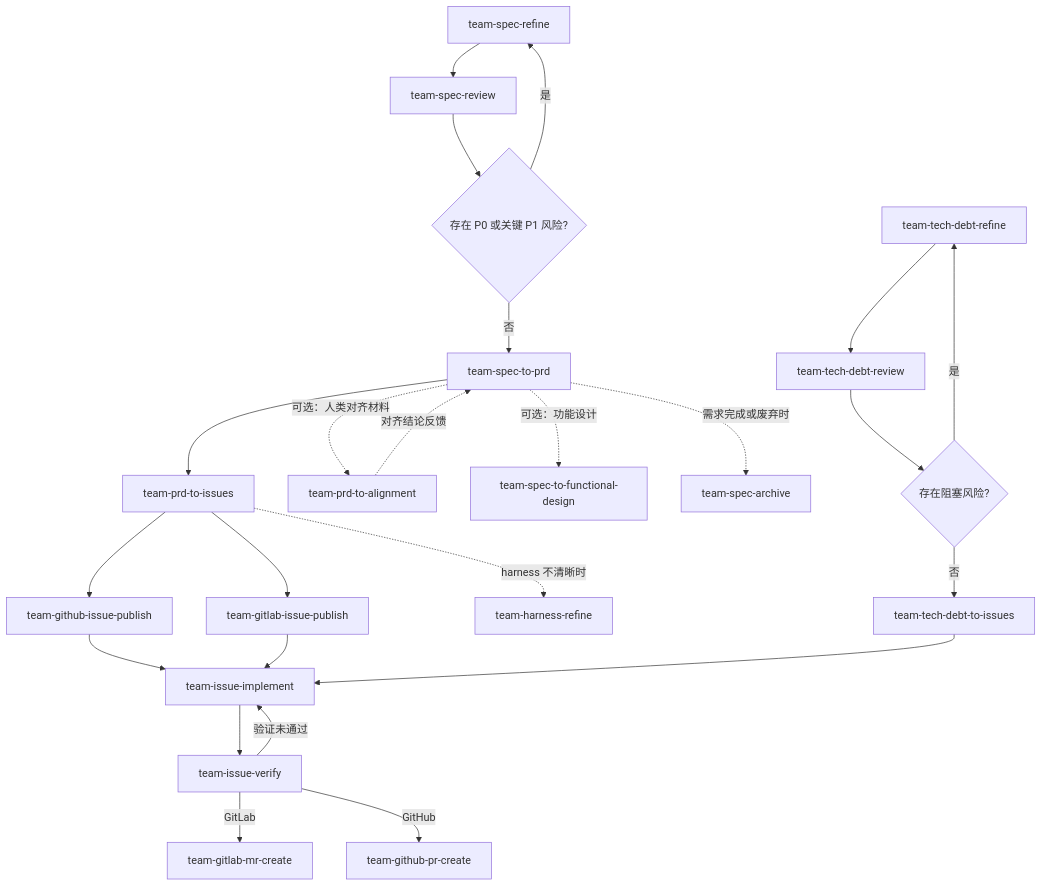
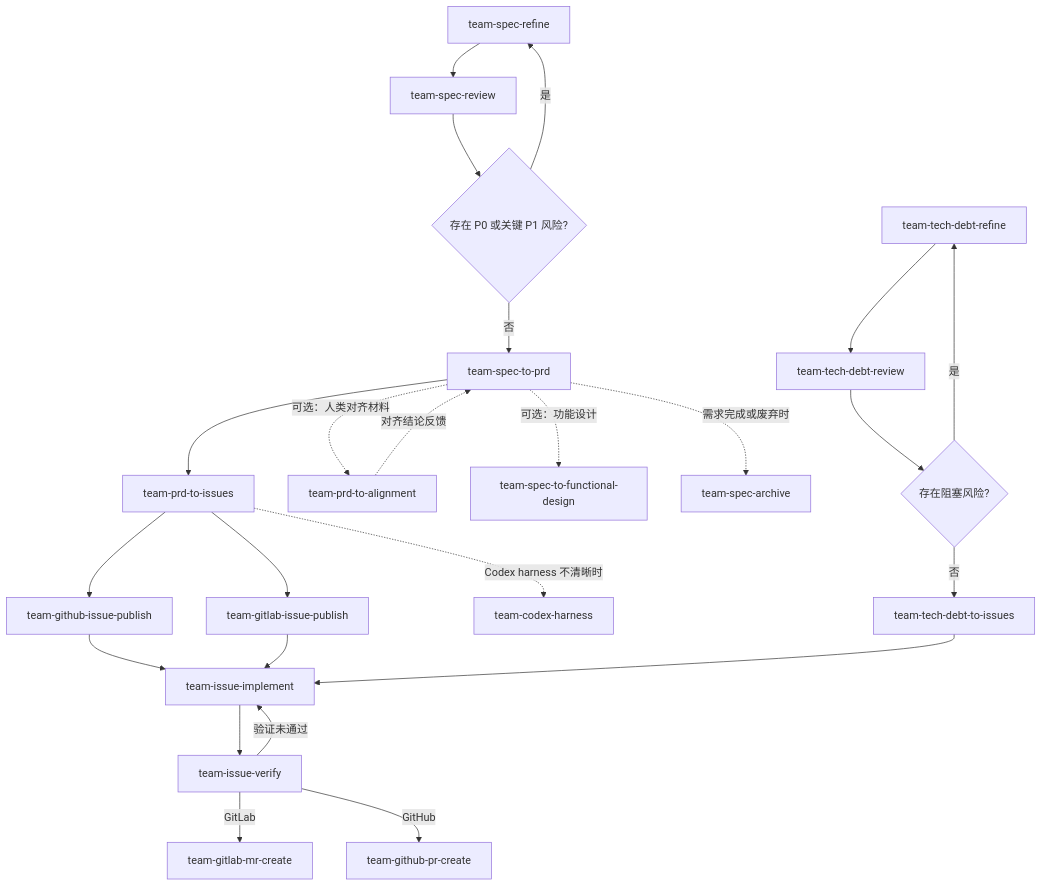
One commit to coolbeevip/team-ai-skills changed the diagram in README.md. Above: the diagram before and after it, drawn with Mermaid. The commit also changed other lines of this file and 5 other files, not shown here.

Commit message:
docs: update references from Agent Harness to Codex Harness in documentation

````diff
--- a/README.md
+++ b/README.md
@@ -69,27 +69,27 @@
 ```mermaid
 flowchart TD
     A[team-spec-refine] --> B[team-spec-review]
     B --> C{存在 P0 或关键 P1 风险?}
     C -- 是 --> A
     C -- 否 --> D[team-spec-to-prd]
     D --> F[team-prd-to-issues]
     D -. 可选：人类对齐材料 .-> H[team-prd-to-alignment]
     H -. 对齐结论反馈 .-> D
     D -. 可选：功能设计 .-> R[team-spec-to-functional-design]
     F --> N[team-github-issue-publish]
     F --> O[team-gitlab-issue-publish]
-    F -. harness 不清晰时 .-> T[team-harness-refine]
+    F -. Codex harness 不清晰时 .-> T[team-codex-harness]
     N --> G[team-issue-implement]
     O --> G
     G --> I[team-issue-verify]
     I -- 验证未通过 --> G
     I -- GitLab --> P[team-gitlab-mr-create]
     I -- GitHub --> Q[team-github-pr-create]
     D -. 需求完成或废弃时 .-> S[team-spec-archive]
 
     J[team-tech-debt-refine] --> K[team-tech-debt-review]
     K --> L{存在阻塞风险?}
     L -- 是 --> J
     L -- 否 --> M[team-tech-debt-to-issues]
     M --> G
 ```
````
